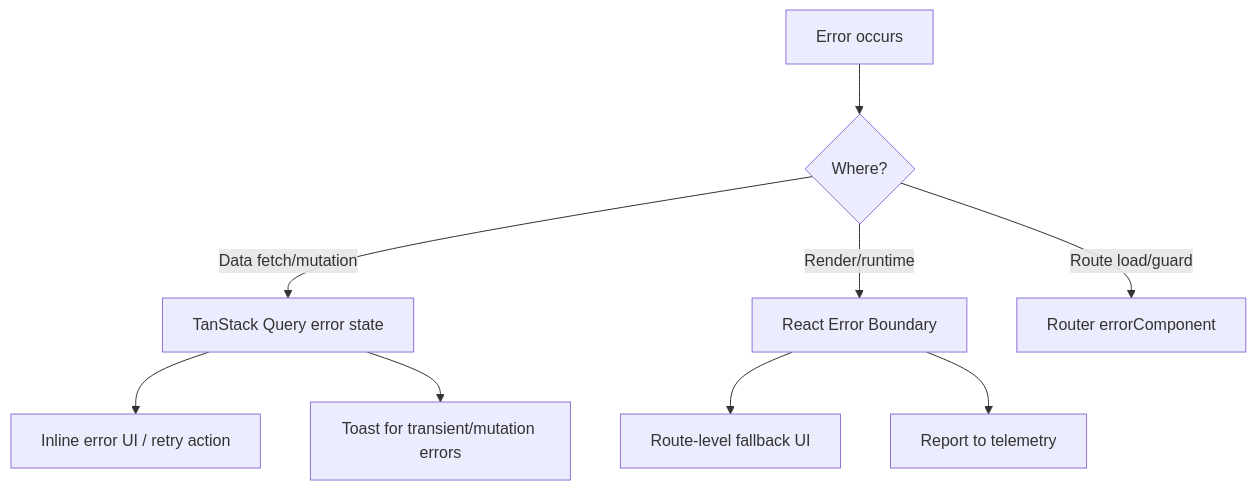
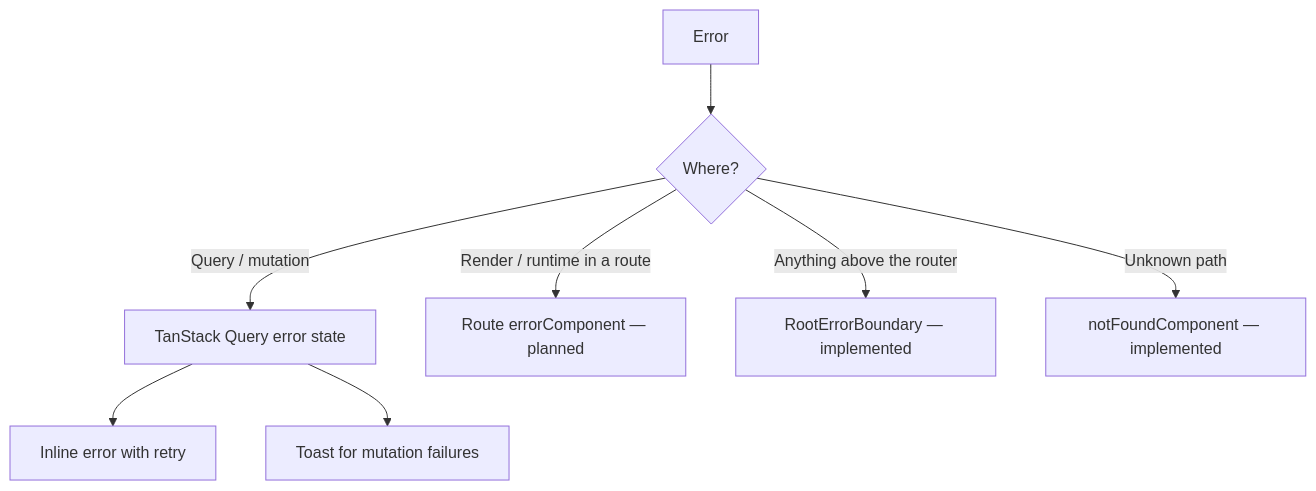
One commit to HuttonHomeHub/WorkHub changed the first of 2 diagrams in docs/FRONTEND_ARCHITECTURE.md. Above: the diagram before and after it, drawn with Mermaid. The commit also changed other lines of this file and 13 other files, not shown here.

````diff
--- a/docs/FRONTEND_ARCHITECTURE.md
+++ b/docs/FRONTEND_ARCHITECTURE.md
@@ -147,11 +210,10 @@
 ```mermaid
 flowchart TD
-  A[Error occurs] --> B{Where?}
-  B -->|Data fetch/mutation| C[TanStack Query error state]
-  C --> D[Inline error UI / retry action]
-  C --> E[Toast for transient/mutation errors]
-  B -->|Render/runtime| F[React Error Boundary]
-  F --> G[Route-level fallback UI]
-  F --> H[Report to telemetry]
-  B -->|Route load/guard| I[Router errorComponent]
+  A[Error] --> B{Where?}
+  B -->|Query / mutation| C[TanStack Query error state]
+  C --> D[Inline error with retry]
+  C --> E[Toast for mutation failures]
+  B -->|Render / runtime in a route| F[Route errorComponent — planned]
+  B -->|Anything above the router| G[RootErrorBoundary — implemented]
+  B -->|Unknown path| H[notFoundComponent — implemented]
 ```
````
